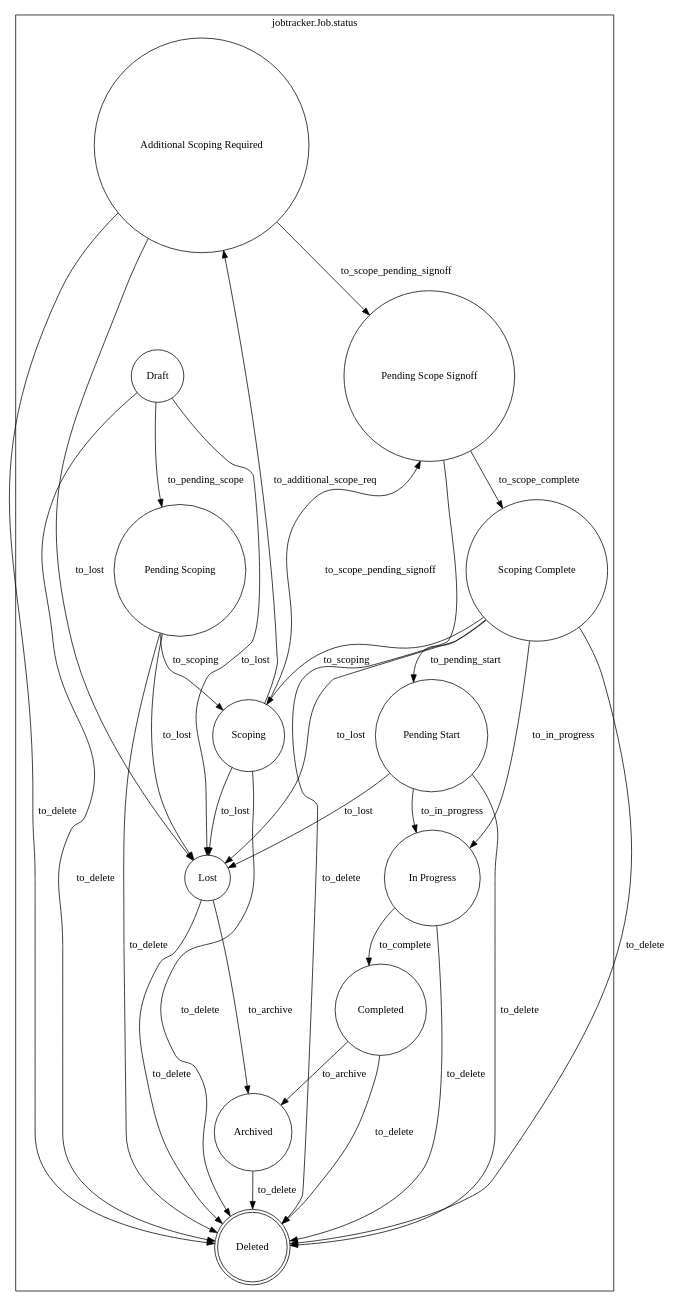
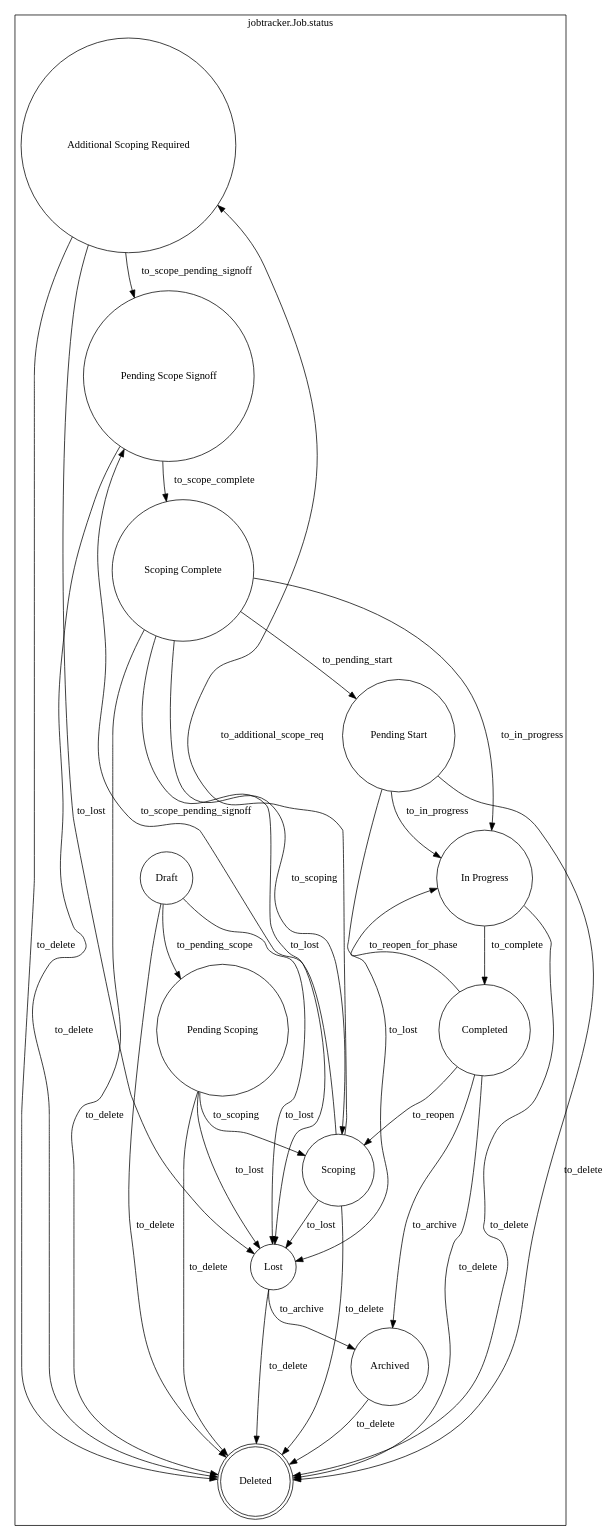
The diagram in docs/user_guide/Jobs/lifecycle.md (brainthee/CHAOTICA), drawn with Graphviz before and after one commit. The commit also changed other lines of this file and 26 other files, not shown here.

````diff
--- a/docs/user_guide/Jobs/lifecycle.md
+++ b/docs/user_guide/Jobs/lifecycle.md
@@ -20,49 +43,51 @@
 ```dot
 digraph {
         subgraph cluster_jobtracker_Job_status {
                 graph [label="jobtracker.Job.status"]
                 "jobtracker.Job.status.10" [label=Deleted shape=doublecircle]
                 "jobtracker.Job.status.3" [label="Additional Scoping Required" shape=circle]
                 "jobtracker.Job.status.1" [label="Pending Scoping" shape=circle]
                 "jobtracker.Job.status.5" [label="Scoping Complete" shape=circle]
                 "jobtracker.Job.status.9" [label=Lost shape=circle]
                 "jobtracker.Job.status.2" [label=Scoping shape=circle]
                 "jobtracker.Job.status.0" [label=Draft shape=circle]
                 "jobtracker.Job.status.7" [label="In Progress" shape=circle]
                 "jobtracker.Job.status.8" [label=Completed shape=circle]
                 "jobtracker.Job.status.6" [label="Pending Start" shape=circle]
                 "jobtracker.Job.status.4" [label="Pending Scope Signoff" shape=circle]
                 "jobtracker.Job.status.11" [label=Archived shape=circle]
                 "jobtracker.Job.status.11" -> "jobtracker.Job.status.10" [label=to_delete]
                 "jobtracker.Job.status.3" -> "jobtracker.Job.status.4" [label=to_scope_pending_signoff]
                 "jobtracker.Job.status.2" -> "jobtracker.Job.status.3" [label=to_additional_scope_req]
                 "jobtracker.Job.status.9" -> "jobtracker.Job.status.10" [label=to_delete]
                 "jobtracker.Job.status.0" -> "jobtracker.Job.status.1" [label=to_pending_scope]
                 "jobtracker.Job.status.0" -> "jobtracker.Job.status.9" [label=to_lost]
                 "jobtracker.Job.status.3" -> "jobtracker.Job.status.9" [label=to_lost]
                 "jobtracker.Job.status.4" -> "jobtracker.Job.status.10" [label=to_delete]
                 "jobtracker.Job.status.0" -> "jobtracker.Job.status.10" [label=to_delete]
                 "jobtracker.Job.status.3" -> "jobtracker.Job.status.10" [label=to_delete]
                 "jobtracker.Job.status.8" -> "jobtracker.Job.status.10" [label=to_delete]
                 "jobtracker.Job.status.9" -> "jobtracker.Job.status.11" [label=to_archive]
                 "jobtracker.Job.status.1" -> "jobtracker.Job.status.9" [label=to_lost]
                 "jobtracker.Job.status.5" -> "jobtracker.Job.status.9" [label=to_lost]
                 "jobtracker.Job.status.6" -> "jobtracker.Job.status.10" [label=to_delete]
                 "jobtracker.Job.status.1" -> "jobtracker.Job.status.10" [label=to_delete]
                 "jobtracker.Job.status.7" -> "jobtracker.Job.status.10" [label=to_delete]
                 "jobtracker.Job.status.8" -> "jobtracker.Job.status.11" [label=to_archive]
+                "jobtracker.Job.status.8" -> "jobtracker.Job.status.2" [label=to_reopen]
+                "jobtracker.Job.status.8" -> "jobtracker.Job.status.7" [label=to_reopen_for_phase]
                 "jobtracker.Job.status.6" -> "jobtracker.Job.status.9" [label=to_lost]
                 "jobtracker.Job.status.7" -> "jobtracker.Job.status.8" [label=to_complete]
                 "jobtracker.Job.status.5" -> "jobtracker.Job.status.10" [label=to_delete]
                 "jobtracker.Job.status.2" -> "jobtracker.Job.status.4" [label=to_scope_pending_signoff]
                 "jobtracker.Job.status.2" -> "jobtracker.Job.status.9" [label=to_lost]
                 "jobtracker.Job.status.4" -> "jobtracker.Job.status.5" [label=to_scope_complete]
                 "jobtracker.Job.status.1" -> "jobtracker.Job.status.2" [label=to_scoping]
                 "jobtracker.Job.status.5" -> "jobtracker.Job.status.2" [label=to_scoping]
                 "jobtracker.Job.status.6" -> "jobtracker.Job.status.7" [label=to_in_progress]
                 "jobtracker.Job.status.5" -> "jobtracker.Job.status.7" [label=to_in_progress]
                 "jobtracker.Job.status.5" -> "jobtracker.Job.status.6" [label=to_pending_start]
                 "jobtracker.Job.status.2" -> "jobtracker.Job.status.10" [label=to_delete]
         }
 }
 ```
````
